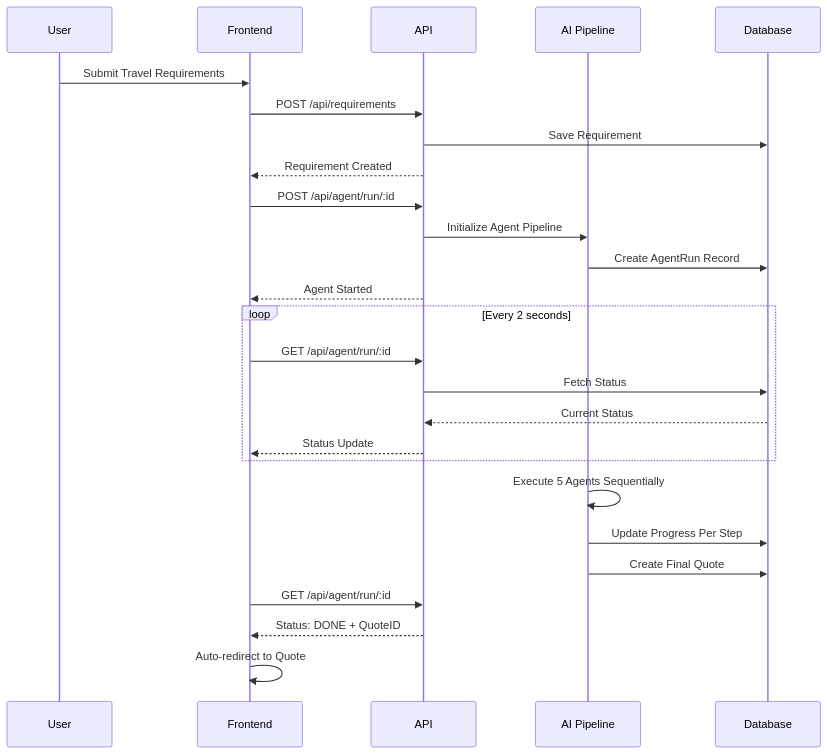
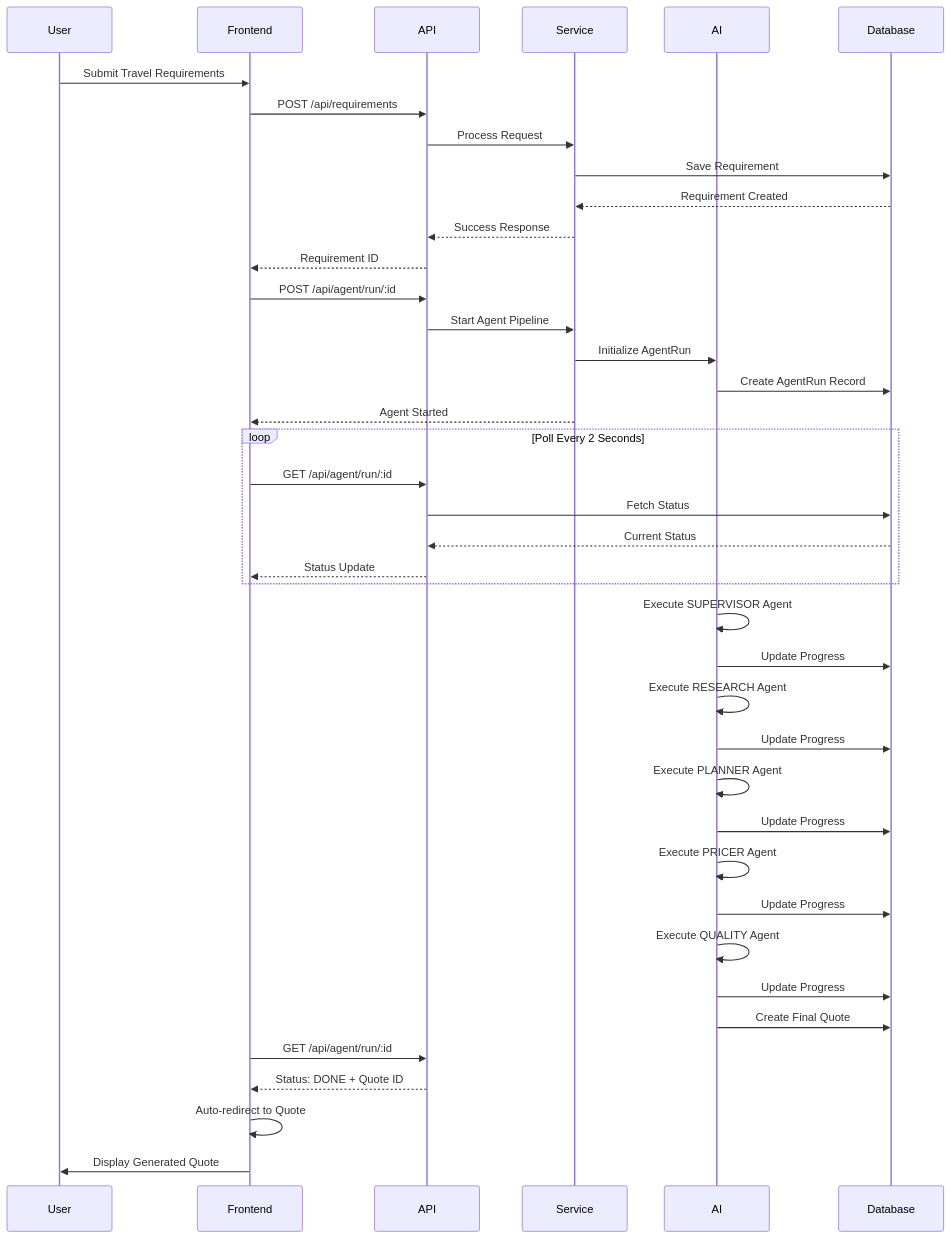
The third of 6 diagrams in README.md (VRAJESH-31/VoyageGEN--B2B-Travel-Agency-Quoatation-System), drawn with Mermaid before and after one commit. The commit also changed other lines of this file, not shown here.

````diff
--- a/README.md
+++ b/README.md
@@ -188,33 +433,47 @@
 ```mermaid
 sequenceDiagram
     participant User
     participant Frontend
     participant API
-    participant AI as AI Pipeline
-    participant DB as Database
+    participant Service
+    participant AI
+    participant Database
     
     User->>Frontend: Submit Travel Requirements
     Frontend->>API: POST /api/requirements
-    API->>DB: Save Requirement
-    API-->>Frontend: Requirement Created
+    API->>Service: Process Request
+    Service->>Database: Save Requirement
+    Database-->>Service: Requirement Created
+    Service-->>API: Success Response
+    API-->>Frontend: Requirement ID
     
     Frontend->>API: POST /api/agent/run/:id
-    API->>AI: Initialize Agent Pipeline
-    AI->>DB: Create AgentRun Record
-    API-->>Frontend: Agent Started
+    API->>Service: Start Agent Pipeline
+    Service->>AI: Initialize AgentRun
+    AI->>Database: Create AgentRun Record
+    Service-->>Frontend: Agent Started
     
-    loop Every 2 seconds
+    loop Poll Every 2 Seconds
         Frontend->>API: GET /api/agent/run/:id
-        API->>DB: Fetch Status
-        DB-->>API: Current Status
+        API->>Database: Fetch Status
+        Database-->>API: Current Status
         API-->>Frontend: Status Update
     end
     
-    AI->>AI: Execute 5 Agents Sequentially
-    AI->>DB: Update Progress Per Step
-    AI->>DB: Create Final Quote
+    AI->>AI: Execute SUPERVISOR Agent
+    AI->>Database: Update Progress
+    AI->>AI: Execute RESEARCH Agent
+    AI->>Database: Update Progress
+    AI->>AI: Execute PLANNER Agent
+    AI->>Database: Update Progress
+    AI->>AI: Execute PRICER Agent
+    AI->>Database: Update Progress
+    AI->>AI: Execute QUALITY Agent
+    AI->>Database: Update Progress
+    AI->>Database: Create Final Quote
     
     Frontend->>API: GET /api/agent/run/:id
-    API-->>Frontend: Status: DONE + QuoteID
+    API-->>Frontend: Status: DONE + Quote ID
     Frontend->>Frontend: Auto-redirect to Quote
+    Frontend->>User: Display Generated Quote
 ```
````
